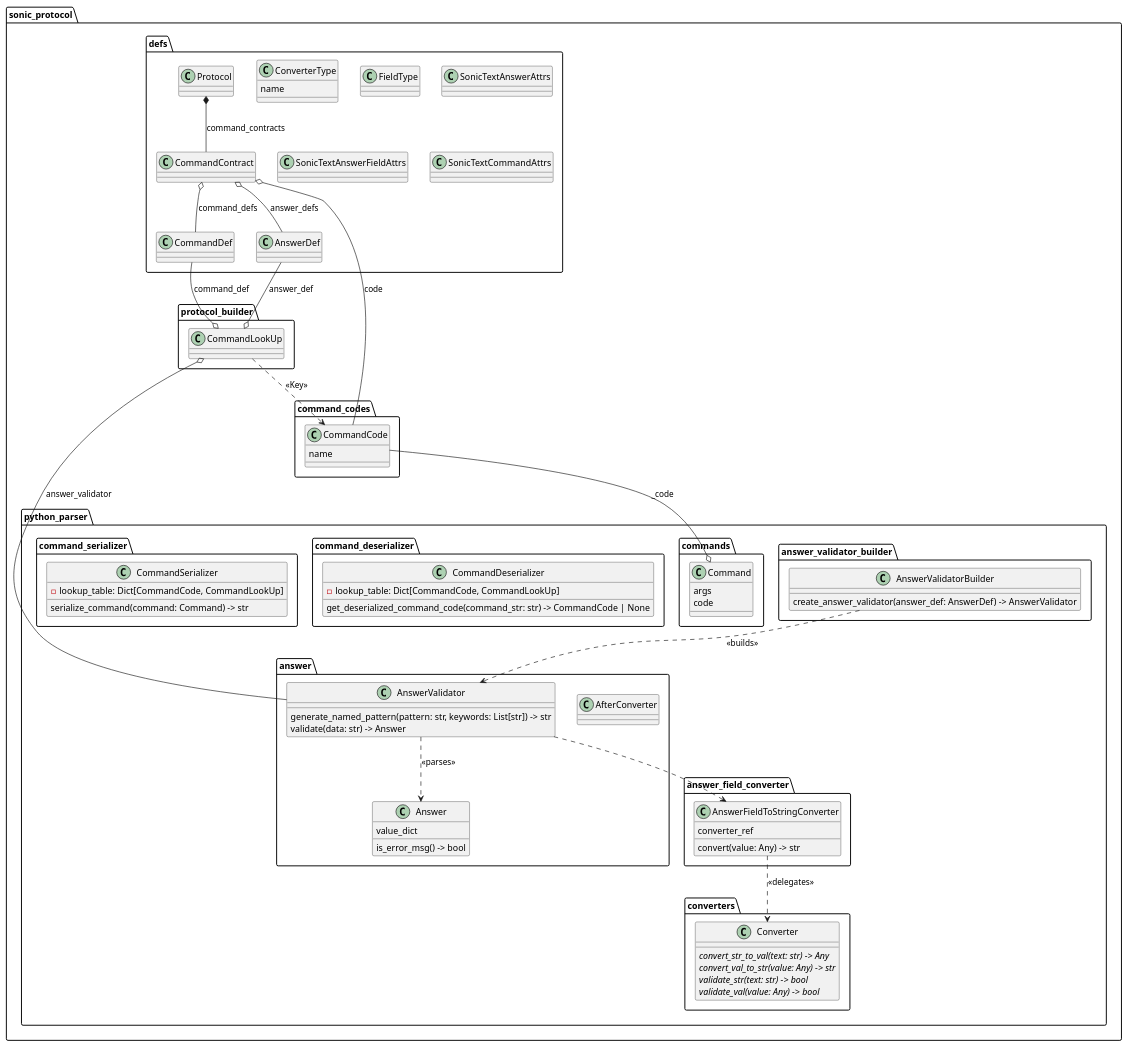
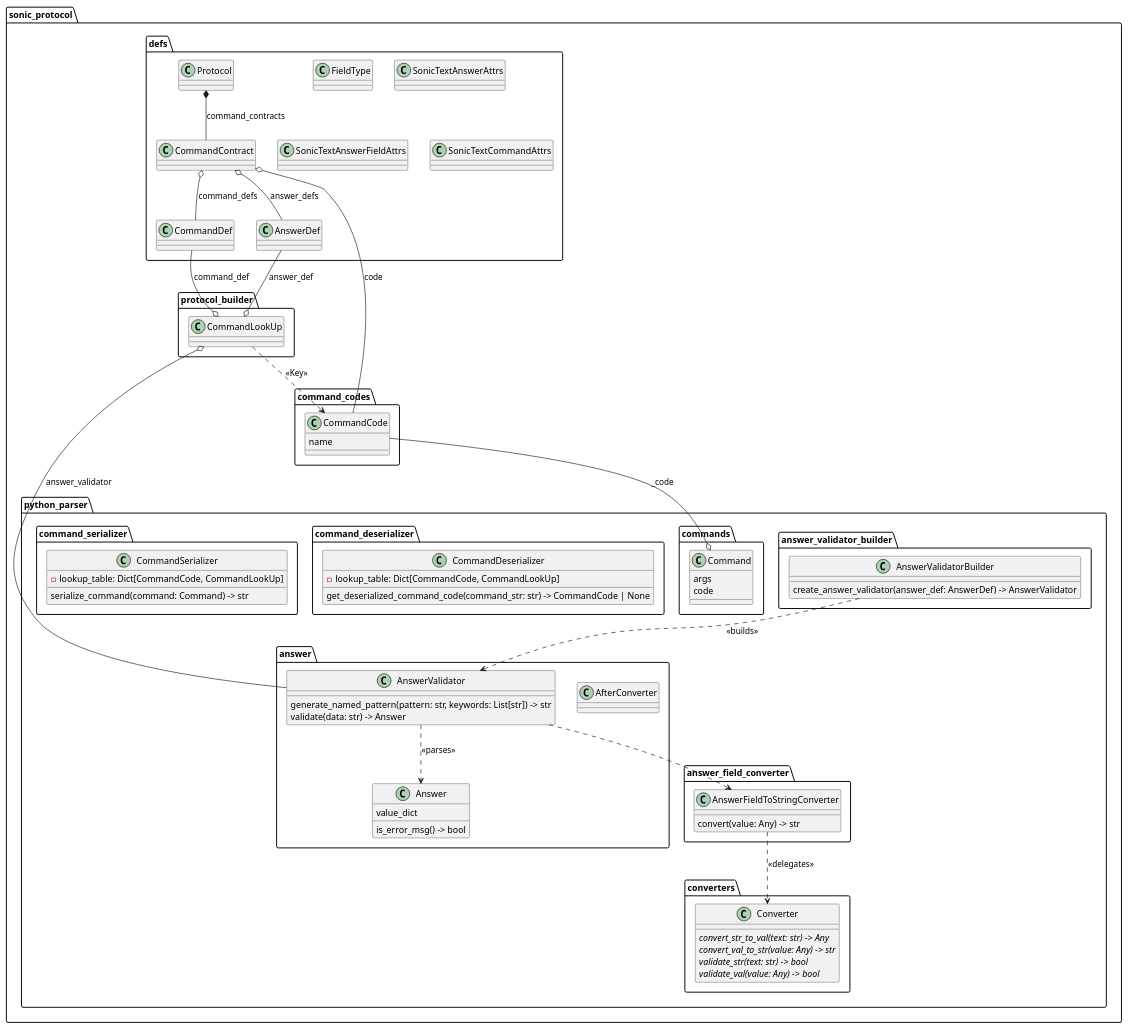
Before and after one commit to usepat/SW-soniccontrol: the diagram in docs/diagrams/sonic_protocol/python_parser.puml, drawn with PlantUML. The commit also changed 26 other files, not shown here.

Commit message:
removed ConverterRef because it is not needed anymore

```diff
--- a/docs/diagrams/sonic_protocol/python_parser.puml
+++ b/docs/diagrams/sonic_protocol/python_parser.puml
@@ -1,91 +1,87 @@
 @startuml classes_sonic_protocol
 set separator . 
 top to bottom direction
 
 
 package sonic_protocol.defs {
   class "CommandContract"  {
   }
   class "CommandDef" {
-  }
-  class "ConverterType"  {
-    name
   }
   class "FieldType" {
   }
   class "Protocol" {
   }
   class "SonicTextAnswerAttrs" {
   }
   class "SonicTextAnswerFieldAttrs" {
   }
   class "SonicTextCommandAttrs" {
   }
 
   Protocol *-- CommandContract : command_contracts
   CommandContract o-- CommandDef : command_defs
   CommandContract o-- AnswerDef : answer_defs
   CommandContract o-- sonic_protocol.command_codes.CommandCode : code
 }
 
 class "AfterConverter" as sonic_protocol.python_parser.answer.AfterConverter {
 }
 class "Answer" as sonic_protocol.python_parser.answer.Answer {
   value_dict
   is_error_msg() -> bool
 }
 class "AnswerFieldToStringConverter" as sonic_protocol.python_parser.answer_field_converter.AnswerFieldToStringConverter {
-  converter_ref
   convert(value: Any) -> str
 }
 class "AnswerValidator" as sonic_protocol.python_parser.answer.AnswerValidator {
   generate_named_pattern(pattern: str, keywords: List[str]) -> str
   validate(data: str) -> Answer
 }
 class "AnswerValidatorBuilder" as sonic_protocol.python_parser.answer_validator_builder.AnswerValidatorBuilder {
   create_answer_validator(answer_def: AnswerDef) -> AnswerValidator
 }
 class "Command" as sonic_protocol.python_parser.commands.Command {
   args
   code
 }
 class "CommandCode" as sonic_protocol.command_codes.CommandCode {
   name
 }
 
 class "CommandDeserializer" as sonic_protocol.python_parser.command_deserializer.CommandDeserializer {
   - lookup_table: Dict[CommandCode, CommandLookUp]
   get_deserialized_command_code(command_str: str) -> CommandCode | None
 }
 
 class "CommandSerializer" as sonic_protocol.python_parser.command_serializer.CommandSerializer {
   - lookup_table: Dict[CommandCode, CommandLookUp]
   serialize_command(command: Command) -> str
 }
 
 class "CommandLookUp" as sonic_protocol.protocol_builder.CommandLookUp {
 }
 
 class "Converter" as sonic_protocol.python_parser.converters.Converter {
   {abstract}convert_str_to_val(text: str) -> Any
   {abstract}convert_val_to_str(value: Any) -> str
   {abstract}validate_str(text: str) -> bool
   {abstract}validate_val(value: Any) -> bool
 }
 
 
 sonic_protocol.python_parser.answer.AnswerValidator ..> sonic_protocol.python_parser.answer.Answer : <<parses>>
 
 sonic_protocol.command_codes.CommandCode --o sonic_protocol.python_parser.commands.Command : _code
 
 sonic_protocol.protocol_builder.CommandLookUp ..> CommandCode: <<Key>>
 sonic_protocol.protocol_builder.CommandLookUp o-u- CommandDef: command_def
 sonic_protocol.protocol_builder.CommandLookUp o-u- AnswerDef: answer_def
 sonic_protocol.protocol_builder.CommandLookUp o-- sonic_protocol.python_parser.answer.AnswerValidator: answer_validator
 
 sonic_protocol.python_parser.answer_field_converter.AnswerFieldToStringConverter ..> sonic_protocol.python_parser.converters.Converter : <<delegates>>
 sonic_protocol.python_parser.answer.AnswerValidator ..> sonic_protocol.python_parser.answer_field_converter.AnswerFieldToStringConverter
 
 sonic_protocol.python_parser.answer_validator_builder.AnswerValidatorBuilder ..> sonic_protocol.python_parser.answer.AnswerValidator : <<builds>>
 
 @enduml
```
